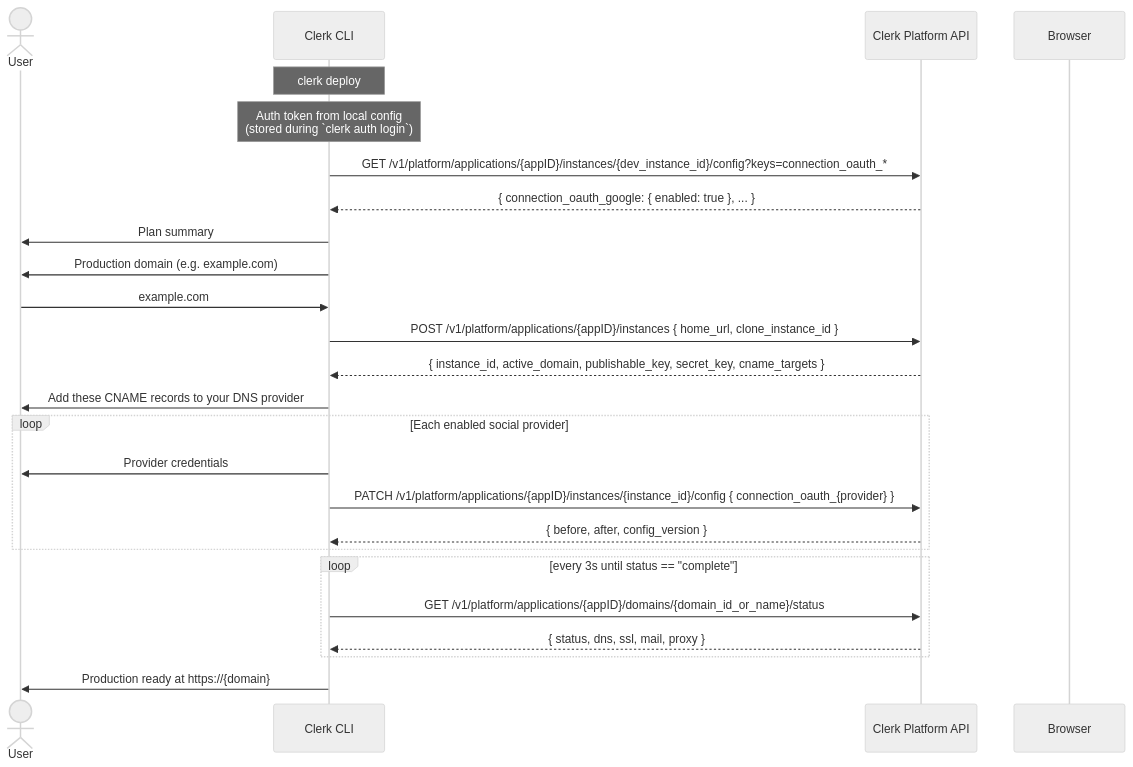
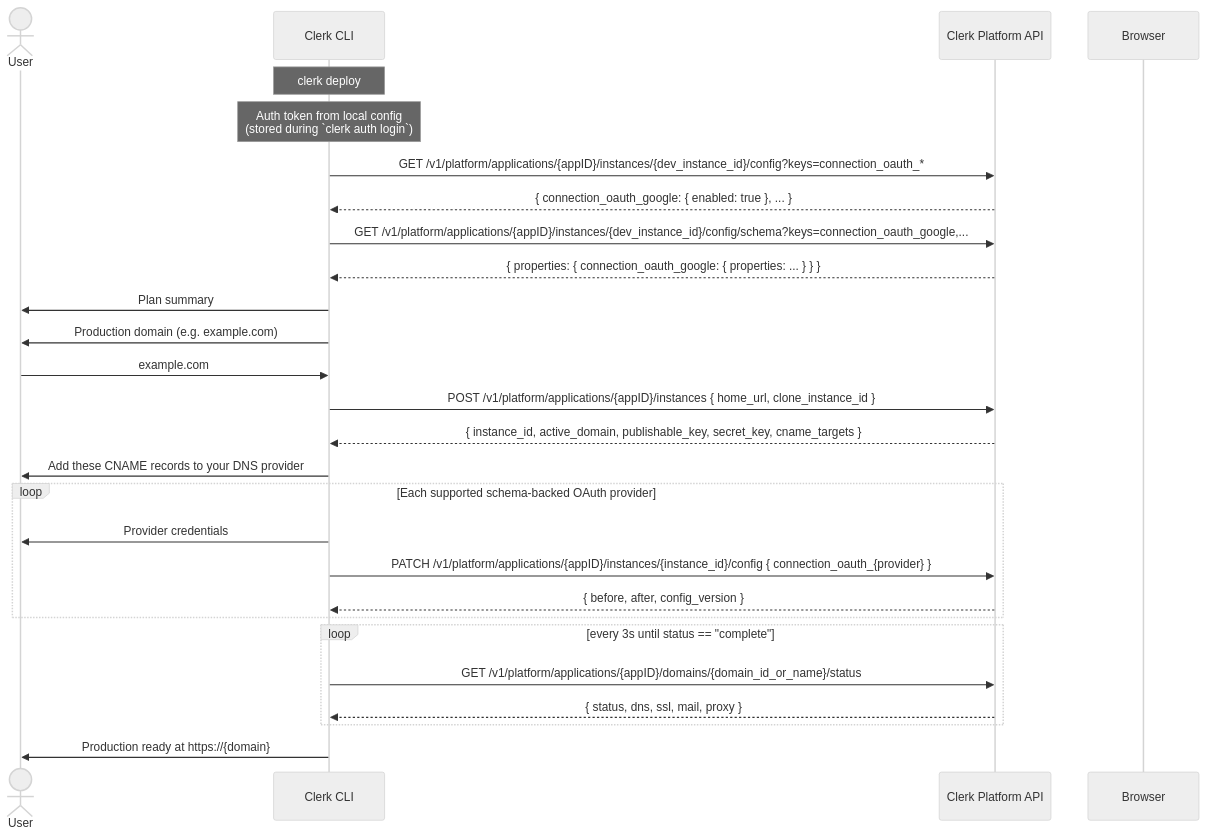
One commit to clerk/cli changed the diagram in packages/cli-core/src/commands/deploy/README.md. Above: the diagram before and after it, drawn with Mermaid (neutral theme). The commit also changed 2 other files, not shown here.

Commit message:
fix(deploy): warn generically for unsupported oauth providers

````diff
--- a/packages/cli-core/src/commands/deploy/README.md
+++ b/packages/cli-core/src/commands/deploy/README.md
@@ -56,42 +56,44 @@
 ```mermaid
 sequenceDiagram
     actor User
     participant CLI as Clerk CLI
     participant API as Clerk Platform API
     participant Browser
 
     Note over CLI: clerk deploy
 
     %% Auth & app context
     Note over CLI: Auth token from local config<br/>(stored during `clerk auth login`)
 
     %% Discover enabled OAuth providers in dev
     CLI->>API: GET /v1/platform/applications/{appID}/instances/{dev_instance_id}/config?keys=connection_oauth_*
     API-->>CLI: { connection_oauth_google: { enabled: true }, ... }
+    CLI->>API: GET /v1/platform/applications/{appID}/instances/{dev_instance_id}/config/schema?keys=connection_oauth_google,...
+    API-->>CLI: { properties: { connection_oauth_google: { properties: ... } } }
 
     %% Plan summary + domain
     CLI->>User: Plan summary
     CLI->>User: Production domain (e.g. example.com)
     User->>CLI: example.com
 
     %% Create production instance + domain in one round-trip, including clone validation
     CLI->>API: POST /v1/platform/applications/{appID}/instances { home_url, clone_instance_id }
     API-->>CLI: { instance_id, active_domain, publishable_key, secret_key, cname_targets }
 
     CLI->>User: Add these CNAME records to your DNS provider
 
     %% OAuth credential loop
-    loop Each enabled social provider
+    loop Each supported schema-backed OAuth provider
         CLI->>User: Provider credentials
         CLI->>API: PATCH /v1/platform/applications/{appID}/instances/{instance_id}/config { connection_oauth_{provider} }
         API-->>CLI: { before, after, config_version }
     end
 
     %% Poll domain status
     loop every 3s until status == "complete"
         CLI->>API: GET /v1/platform/applications/{appID}/domains/{domain_id_or_name}/status
         API-->>CLI: { status, dns, ssl, mail, proxy }
     end
 
     CLI->>User: Production ready at https://{domain}
 ```
````
